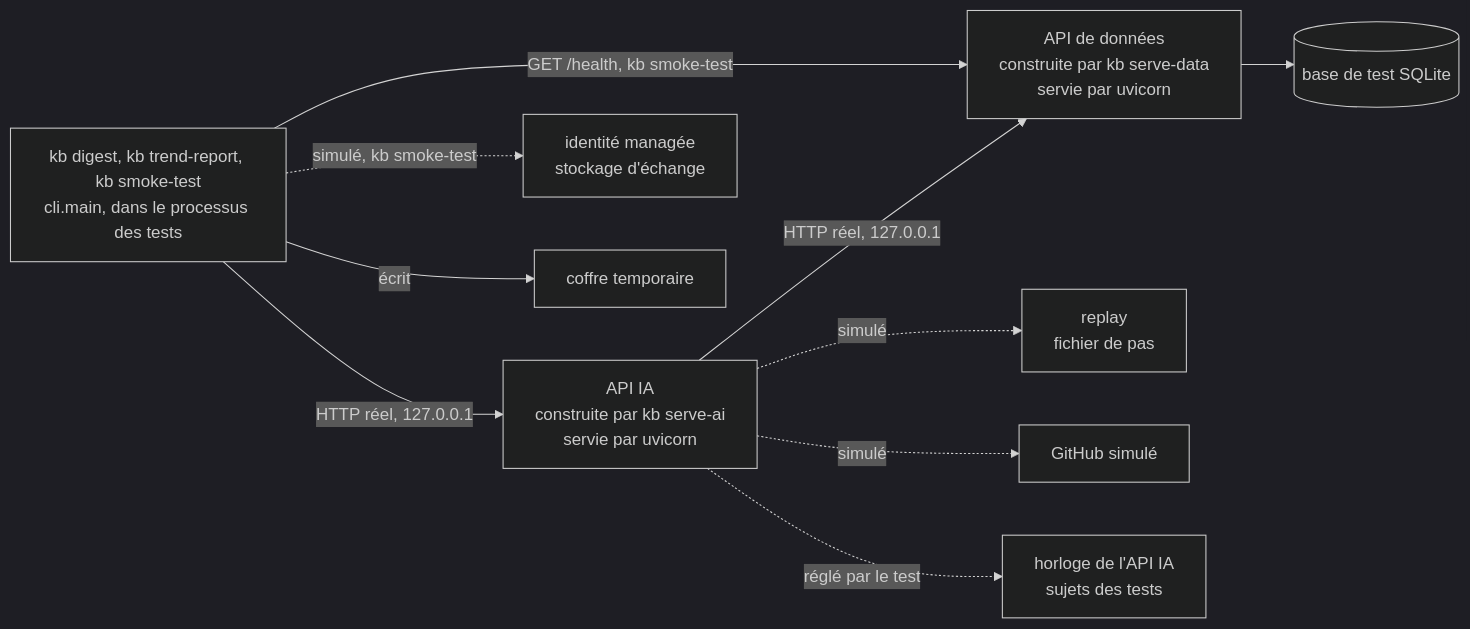
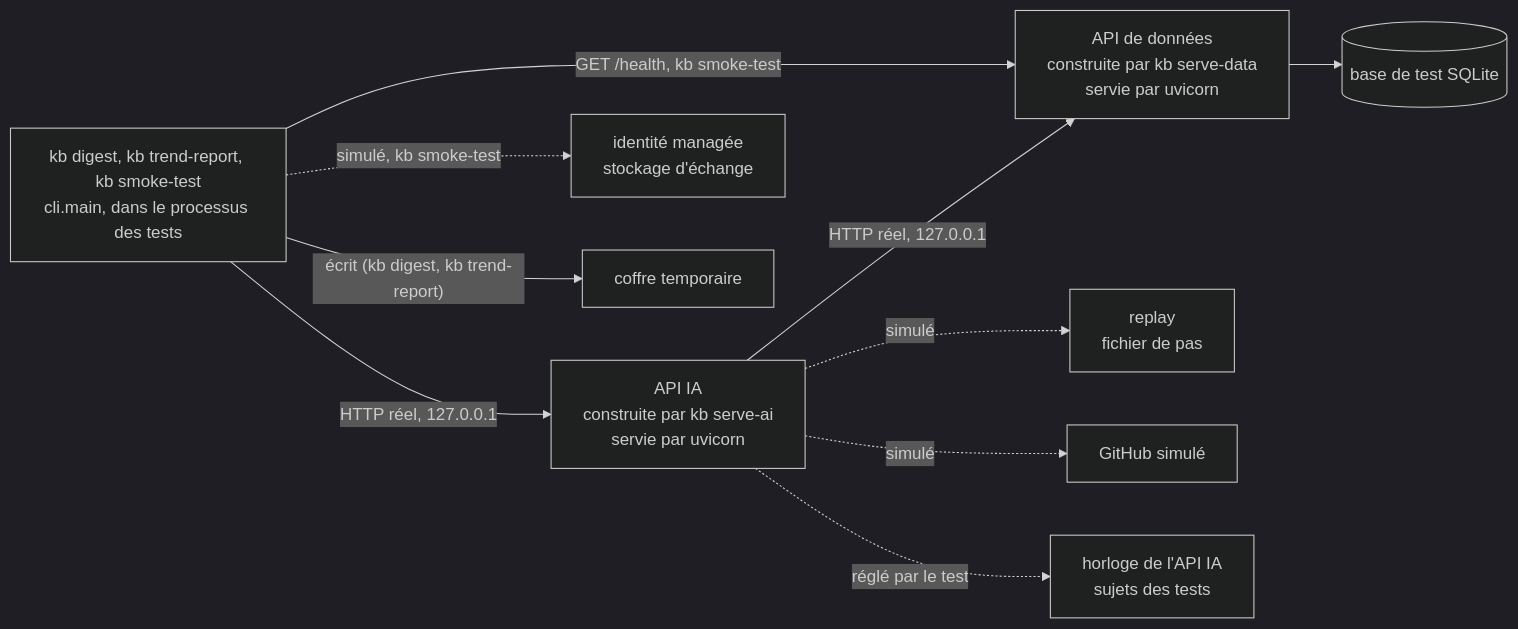
One commit to SabineLaurent/K-B changed the diagram in docs/2026-11-08-tests-api-ia.md. Above: the diagram before and after it, drawn with Mermaid (dark theme). The commit also changed other lines of this file and 1 other file, not shown here.

Commit message:
docs: settle the review of the delta of the report of the tests (issue 280)

````diff
--- a/docs/2026-11-08-tests-api-ia.md
+++ b/docs/2026-11-08-tests-api-ia.md
@@ -247,12 +251,12 @@
 ```mermaid
 flowchart LR
     kb["kb digest, kb trend-report, kb smoke-test<br>cli.main, dans le processus des tests"] -->|"HTTP réel, 127.0.0.1"| ai["API IA<br>construite par kb serve-ai<br>servie par uvicorn"]
     ai -->|"HTTP réel, 127.0.0.1"| data["API de données<br>construite par kb serve-data<br>servie par uvicorn"]
     kb -->|"GET /health, kb smoke-test"| data
     data --> base[("base de test SQLite")]
     ai -.->|"simulé"| replay["replay<br>fichier de pas"]
     ai -.->|"simulé"| github["GitHub simulé"]
     ai -.->|"réglé par le test"| clock["horloge de l'API IA<br>sujets des tests"]
     kb -.->|"simulé, kb smoke-test"| azure["identité managée<br>stockage d'échange"]
-    kb -->|"écrit"| vault["coffre temporaire"]
+    kb -->|"écrit (kb digest, kb trend-report)"| vault["coffre temporaire"]
 ```
````
